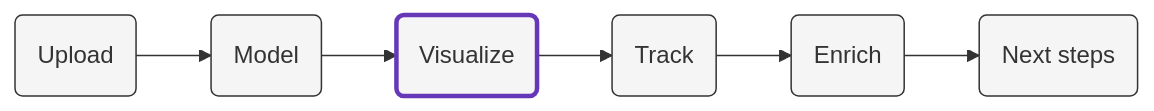
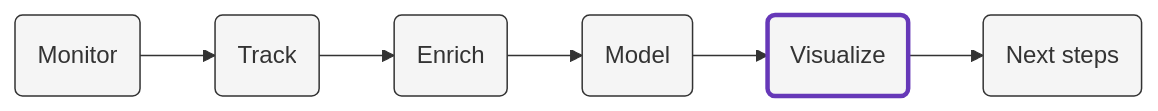
The diagram in content/visualize/_index.md (snowplow-incubator/snowplow-core-web-vitals-accelerator), drawn with Mermaid before and after one commit. The commit also changed other lines of this file and 20 other files, not shown here.

```diff
--- a/content/visualize/_index.md
+++ b/content/visualize/_index.md
@@ -13,10 +12,10 @@
 {{<mermaid>}}
 flowchart LR
-    id1(Upload)-->id2(Model)-->id3(Visualize)-->id4(Track)-->id5(Enrich)-->id6(Next steps)
+    id1(Monitor)-->id2(Track)-->id3(Enrich)-->id4(Model)-->id5(Visualize)-->id6(Next steps)
     style id1 fill:#f5f5f5,stroke:#333,stroke-width:1px
     style id2 fill:#f5f5f5,stroke:#333,stroke-width:1px
-    style id3 fill:#f5f5f5,stroke:#6638B8,stroke-width:3px
+    style id3 fill:#f5f5f5,stroke:#333,stroke-width:1px
     style id4 fill:#f5f5f5,stroke:#333,stroke-width:1px
-    style id5 fill:#f5f5f5,stroke:#333,stroke-width:1px
+    style id5 fill:#f5f5f5,stroke:#6638B8,stroke-width:3px
     style id6 fill:#f5f5f5,stroke:#333,stroke-width:1px
 {{</mermaid >}}
```
